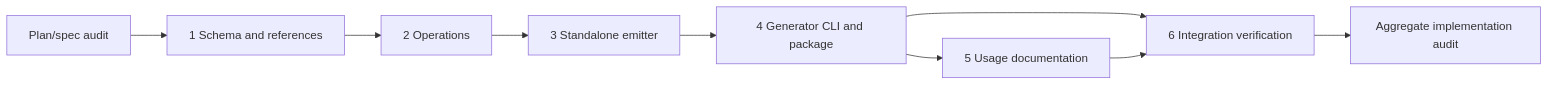
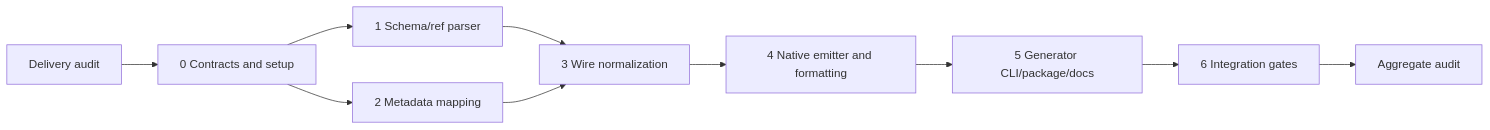
The diagram in docs/superpowers/plans/2026-10-11-generator.md (aidenzepp/effect-openapi-cli-generator), drawn with Mermaid before and after one commit. The commit also changed other lines of this file and 1 other file, not shown here.

Commit message:
docs: align delivery with nested native Effect CLI direction

````diff
--- a/docs/superpowers/plans/2026-10-11-generator.md
+++ b/docs/superpowers/plans/2026-10-11-generator.md
@@ -162,11 +206,12 @@
 ```mermaid
 flowchart LR
-  Review[Plan/spec audit] --> U1[1 Schema and references]
-  U1 --> U2[2 Operations]
-  U2 --> U3[3 Standalone emitter]
-  U3 --> U4[4 Generator CLI and package]
-  U4 --> U6[6 Integration verification]
-  U4 --> U5[5 Usage documentation]
-  U5 --> U6
-  U6 --> Audit[Aggregate implementation audit]
+  Audit[Delivery audit] --> U0[0 Contracts and setup]
+  U0 --> U1[1 Schema/ref parser]
+  U0 --> U2[2 Metadata mapping]
+  U1 --> U3[3 Wire normalization]
+  U2 --> U3
+  U3 --> U4[4 Native emitter and formatting]
+  U4 --> U5[5 Generator CLI/package/docs]
+  U5 --> U6[6 Integration gates]
+  U6 --> Final[Aggregate audit]
 ```
````
